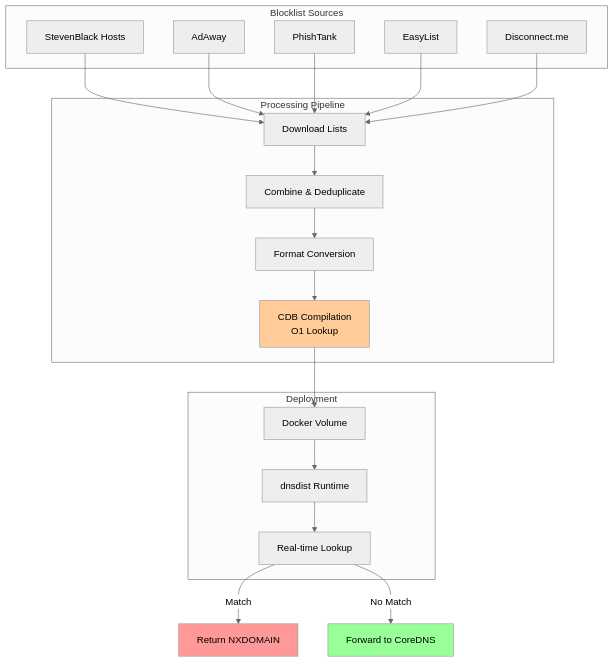
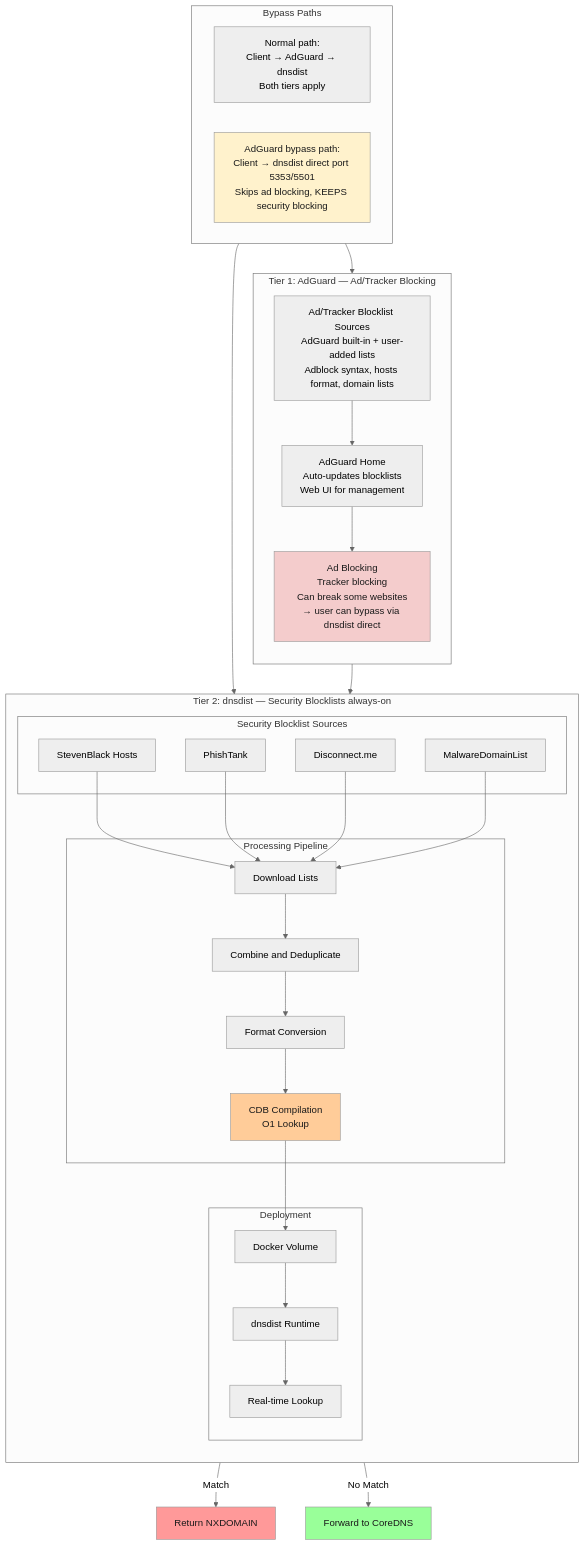
One commit to levonk/infrahub changed the diagram in shared/active/03-container/internal-docs/diagrams/dns/blocklist-processing.mmd. Above: the diagram before and after it, drawn with Mermaid (neutral theme). The commit also changed 79 other files, not shown here.

```diff
--- a/shared/active/03-container/internal-docs/diagrams/dns/blocklist-processing.mmd
+++ b/shared/active/03-container/internal-docs/diagrams/dns/blocklist-processing.mmd
@@ -1,42 +1,65 @@
 graph TB
-    subgraph "Blocklist Sources"
-        SB[StevenBlack Hosts]
-        AA[AdAway]
-        PT[PhishTank]
-        EL[EasyList]
-        DM[Disconnect.me]
+    subgraph "Tier 1: AdGuard — Ad/Tracker Blocking"
+        direction TB
+        AG_Sources["Ad/Tracker Blocklist Sources<br/>AdGuard built-in + user-added lists<br/>Adblock syntax, hosts format, domain lists"]
+        AG_Update["AdGuard Home<br/>Auto-updates blocklists<br/>Web UI for management"]
+        AG_Block["Ad Blocking<br/>Tracker blocking<br/>Can break some websites<br/>→ user can bypass via dnsdist direct"]
     end
-    
-    subgraph "Processing Pipeline"
-        Download[Download Lists]
-        Combine[Combine & Deduplicate]
-        Format[Format Conversion]
-        CDB[CDB Compilation<br/>O1 Lookup]
+
+    subgraph "Tier 2: dnsdist — Security Blocklists always-on"
+        direction TB
+        subgraph "Security Blocklist Sources"
+            SB["StevenBlack Hosts"]
+            PT["PhishTank"]
+            DM["Disconnect.me"]
+            MW["MalwareDomainList"]
+        end
+
+        subgraph "Processing Pipeline"
+            Download["Download Lists"]
+            Combine["Combine and Deduplicate"]
+            Format["Format Conversion"]
+            CDB["CDB Compilation<br/>O1 Lookup"]
+        end
+
+        subgraph "Deployment"
+            Volume["Docker Volume"]
+            dnsdist["dnsdist Runtime"]
+            Lookup["Real-time Lookup"]
+        end
     end
-    
-    subgraph "Deployment"
-        Volume[Docker Volume]
-        dnsdist[dnsdist Runtime]
-        Lookup[Real-time Lookup]
+
+    subgraph "Bypass Paths"
+        direction LR
+        Normal["Normal path:<br/>Client → AdGuard → dnsdist<br/>Both tiers apply"]
+        Bypass["AdGuard bypass path:<br/>Client → dnsdist direct port 5353/5501<br/>Skips ad blocking, KEEPS security blocking"]
     end
-    
+
+    AG_Sources --> AG_Update
+    AG_Update --> AG_Block
+
     SB --> Download
-    AA --> Download
     PT --> Download
-    EL --> Download
     DM --> Download
-    
+    MW --> Download
+
     Download --> Combine
     Combine --> Format
     Format --> CDB
-    
+
     CDB --> Volume
     Volume --> dnsdist
     dnsdist --> Lookup
-    
-    Lookup -->|Match| Block[Return NXDOMAIN]
-    Lookup -->|No Match| Allow[Forward to CoreDNS]
-    
-    style CDB fill:#ffcc99
-    style Block fill:#ff9999
-    style Allow fill:#99ff99
+
+    Lookup -->|Match| Block["Return NXDOMAIN"]
+    Lookup -->|No Match| Allow["Forward to CoreDNS"]
+
+    Normal --> AG_Block
+    AG_Block --> dnsdist
+    Bypass --> dnsdist
+
+    style CDB fill:#ffcc99,color:#1a1a1a
+    style Block fill:#ff9999,color:#1a1a1a
+    style Allow fill:#99ff99,color:#1a1a1a
+    style AG_Block fill:#F4CCCC,color:#1a1a1a
+    style Bypass fill:#FFF2CC,color:#1a1a1a
```
